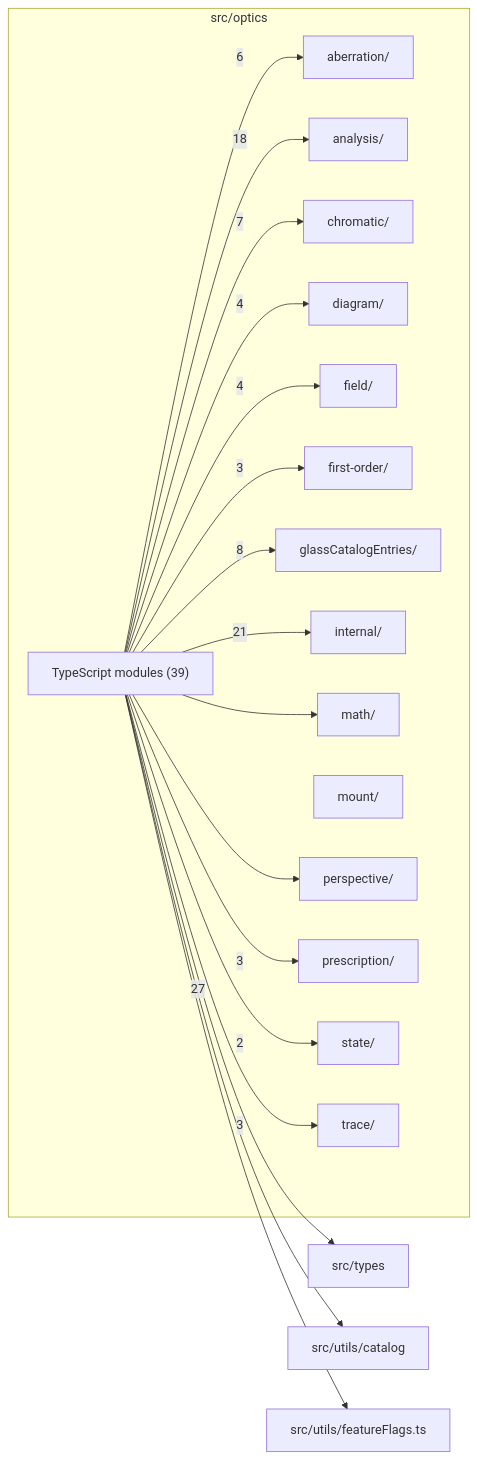
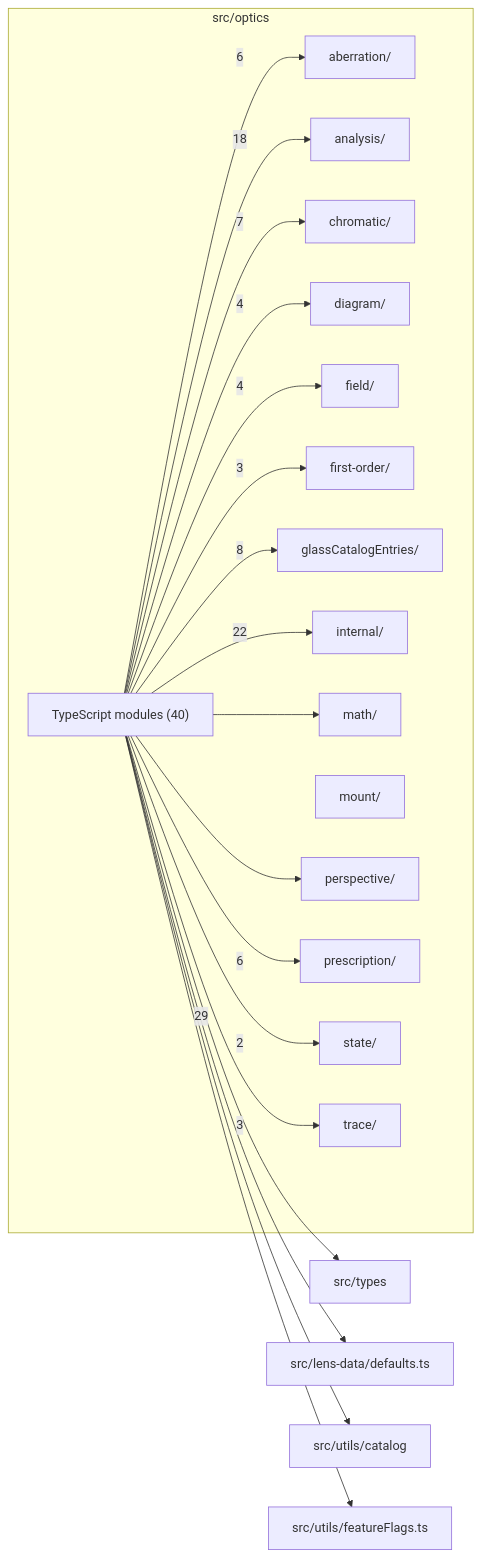
One commit to BeamFour/LensVisualizer changed the diagram in src/optics/readme.md. Above: the diagram before and after it, drawn with Mermaid. The commit also changed other lines of this file and 21 other files, not shown here.

````diff
--- a/src/optics/readme.md
+++ b/src/optics/readme.md
@@ -9,39 +9,41 @@
 ```mermaid
 flowchart LR
   subgraph n_src_optics["src/optics"]
     n_src_optics_src_optics_aberration["aberration/"]
     n_src_optics_src_optics_analysis["analysis/"]
     n_src_optics_src_optics_chromatic["chromatic/"]
     n_src_optics_src_optics_diagram["diagram/"]
     n_src_optics_src_optics_field["field/"]
     n_src_optics_src_optics_first_order["first-order/"]
     n_src_optics_src_optics_glassCatalogEntries["glassCatalogEntries/"]
     n_src_optics_src_optics_internal["internal/"]
     n_src_optics_src_optics_math["math/"]
     n_src_optics_src_optics_mount["mount/"]
     n_src_optics_src_optics_perspective["perspective/"]
     n_src_optics_src_optics_prescription["prescription/"]
     n_src_optics_src_optics_state["state/"]
     n_src_optics_src_optics_trace["trace/"]
-    n_src_optics_TypeScript_modules["TypeScript modules (39)"]
+    n_src_optics_TypeScript_modules["TypeScript modules (40)"]
   end
   n_external_src_types["src/types"]
+  n_external_src_lens_data_defaults_ts["src/lens-data/defaults.ts"]
   n_external_src_utils_catalog["src/utils/catalog"]
   n_external_src_utils_featureFlags_ts["src/utils/featureFlags.ts"]
-  n_src_optics_TypeScript_modules --> |27| n_external_src_types
-  n_src_optics_TypeScript_modules --> |21| n_src_optics_src_optics_internal
+  n_src_optics_TypeScript_modules --> |29| n_external_src_types
+  n_src_optics_TypeScript_modules --> |22| n_src_optics_src_optics_internal
   n_src_optics_TypeScript_modules --> |18| n_src_optics_src_optics_analysis
   n_src_optics_TypeScript_modules --> |8| n_src_optics_src_optics_glassCatalogEntries
   n_src_optics_TypeScript_modules --> |7| n_src_optics_src_optics_chromatic
   n_src_optics_TypeScript_modules --> |6| n_src_optics_src_optics_aberration
+  n_src_optics_TypeScript_modules --> |6| n_src_optics_src_optics_prescription
   n_src_optics_TypeScript_modules --> |4| n_src_optics_src_optics_diagram
   n_src_optics_TypeScript_modules --> |4| n_src_optics_src_optics_field
   n_src_optics_TypeScript_modules --> |3| n_src_optics_src_optics_first_order
-  n_src_optics_TypeScript_modules --> |3| n_src_optics_src_optics_prescription
   n_src_optics_TypeScript_modules --> |3| n_src_optics_src_optics_trace
   n_src_optics_TypeScript_modules --> |2| n_src_optics_src_optics_state
+  n_src_optics_TypeScript_modules --> n_external_src_lens_data_defaults_ts
   n_src_optics_TypeScript_modules --> n_external_src_utils_catalog
   n_src_optics_TypeScript_modules --> n_external_src_utils_featureFlags_ts
   n_src_optics_TypeScript_modules --> n_src_optics_src_optics_math
   n_src_optics_TypeScript_modules --> n_src_optics_src_optics_perspective
 ```
````
